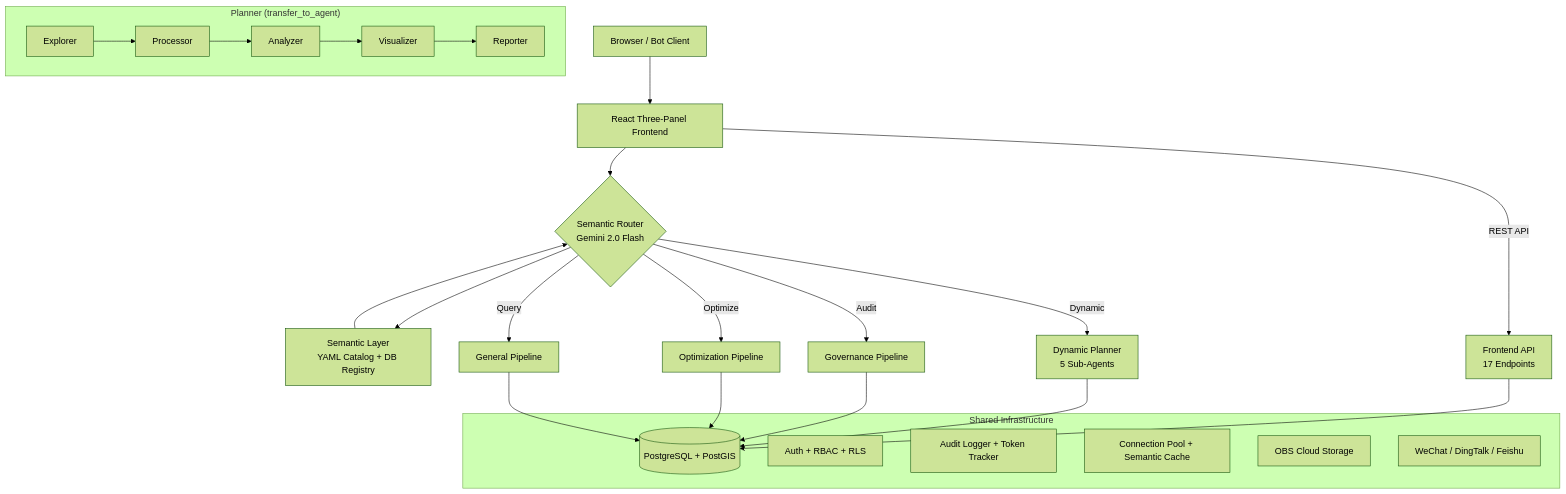
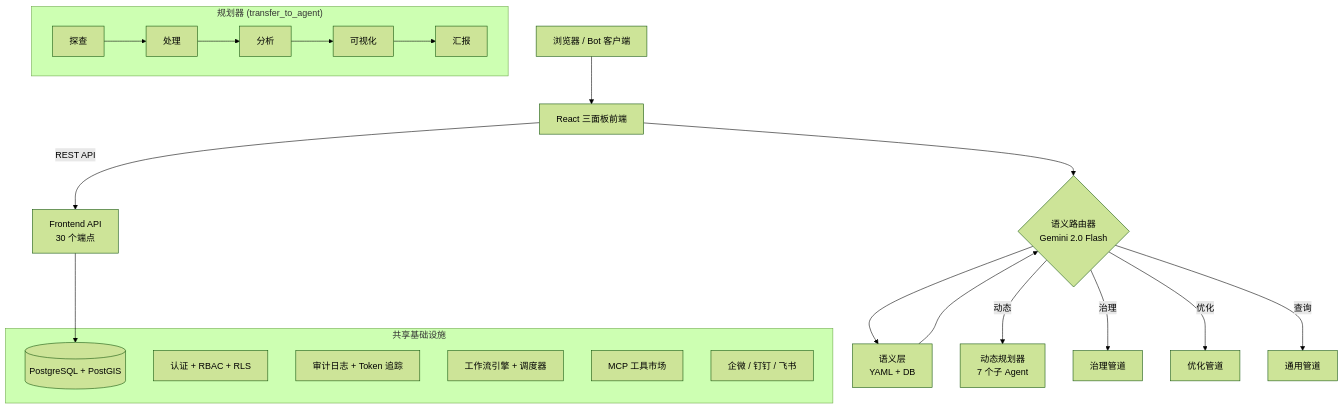
The diagram in README.md (zhouning/gisdataagent), drawn with Mermaid (forest theme) before and after one commit. The commit also changed other lines of this file and 1 other file, not shown here.

````diff
--- a/README.md
+++ b/README.md
@@ -27,32 +45,28 @@
 ```mermaid
 graph TD
-    User[Browser / Bot Client] --> FE[React Three-Panel Frontend]
-    FE --> Router{Semantic Router<br/>Gemini 2.0 Flash}
-    Router --> SL[Semantic Layer<br/>YAML Catalog + DB Registry]
+    User[浏览器 / Bot 客户端] --> FE[React 三面板前端]
+    FE --> Router{语义路由器<br/>Gemini 2.0 Flash}
+    Router --> SL[语义层<br/>YAML + DB]
     SL --> Router
 
-    Router -- "Dynamic" --> Planner[Dynamic Planner<br/>5 Sub-Agents]
-    Router -- "Audit" --> Gov[Governance Pipeline]
-    Router -- "Optimize" --> Opt[Optimization Pipeline]
-    Router -- "Query" --> Gen[General Pipeline]
+    Router -- "动态" --> Planner[动态规划器<br/>7 个子 Agent]
+    Router -- "治理" --> Gov[治理管道]
+    Router -- "优化" --> Opt[优化管道]
+    Router -- "查询" --> Gen[通用管道]
 
-    subgraph "Planner (transfer_to_agent)"
-        PE[Explorer] --> PP[Processor] --> PA[Analyzer] --> PV[Visualizer] --> PR[Reporter]
+    subgraph "规划器 (transfer_to_agent)"
+        PE[探查] --> PP[处理] --> PA[分析] --> PV[可视化] --> PR[汇报]
     end
 
-    subgraph "Shared Infrastructure"
+    subgraph "共享基础设施"
         DB[(PostgreSQL + PostGIS)]
-        Auth[Auth + RBAC + RLS]
-        Audit[Audit Logger + Token Tracker]
-        Pool[Connection Pool + Semantic Cache]
-        OBS[OBS Cloud Storage]
-        Bots[WeChat / DingTalk / Feishu]
+        Auth[认证 + RBAC + RLS]
+        Audit[审计日志 + Token 追踪]
+        WF[工作流引擎 + 调度器]
+        MCP[MCP 工具市场]
+        Bots[企微 / 钉钉 / 飞书]
     end
 
-    FE -- REST API --> FAPI[Frontend API<br/>17 Endpoints]
+    FE -- REST API --> FAPI[Frontend API<br/>30 个端点]
     FAPI --> DB
-    Planner --> DB
-    Gov --> DB
-    Opt --> DB
-    Gen --> DB
 ```
````
